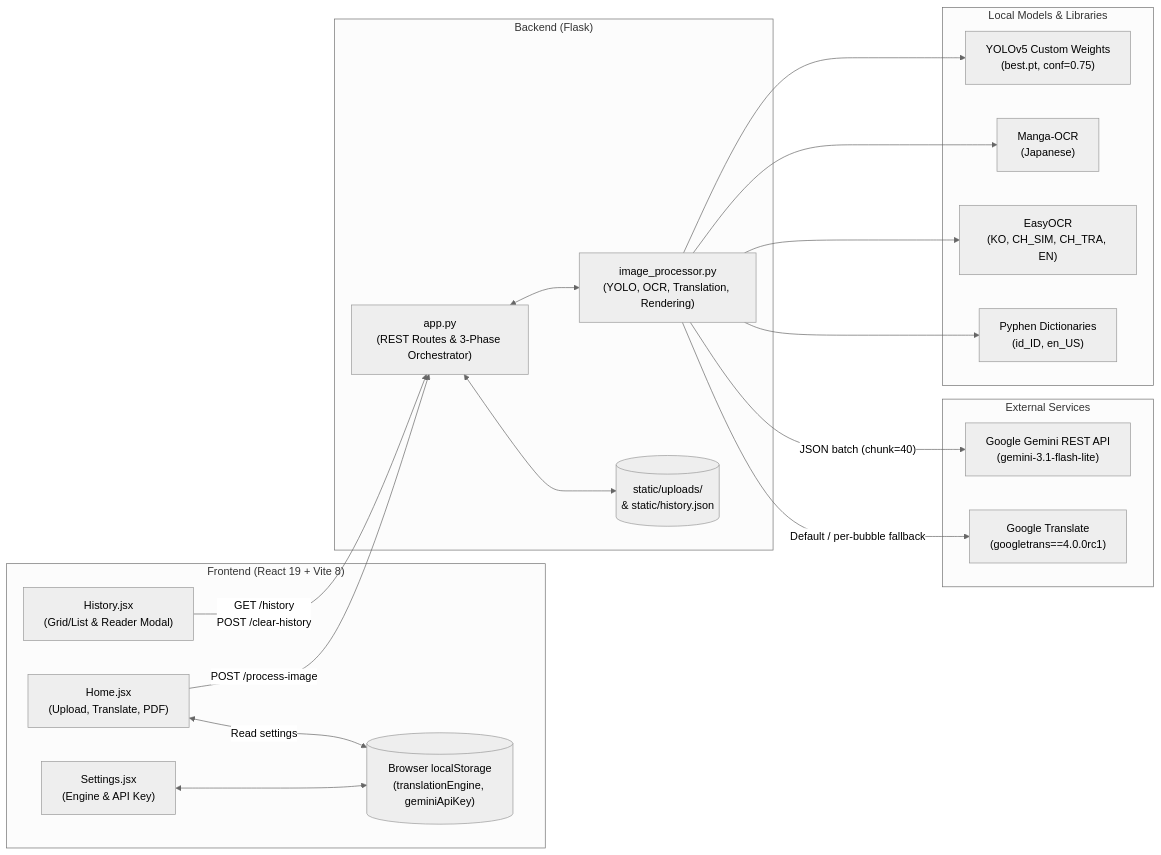
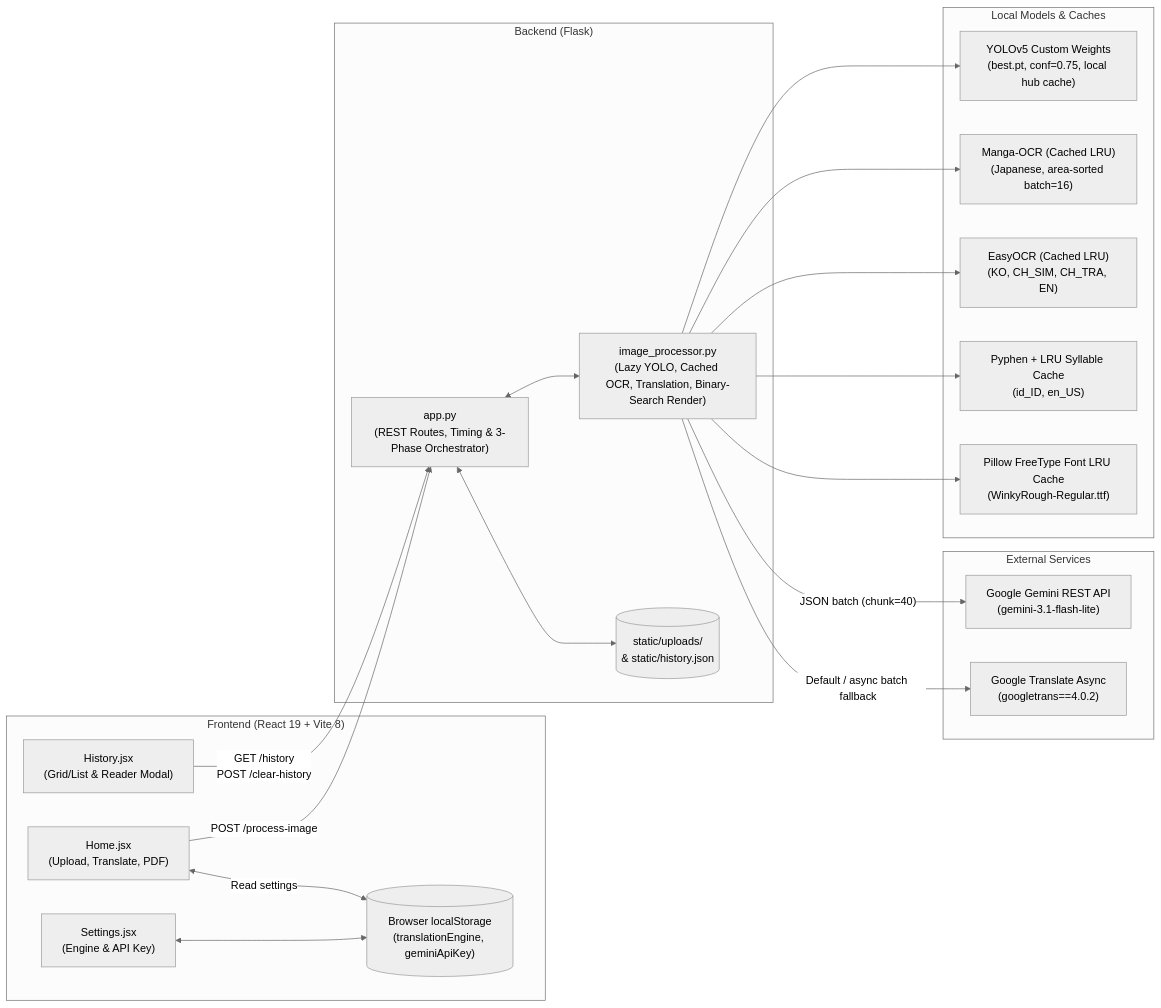
The first of 3 diagrams in docs/ARCHITECTURE.md (zurakats/comic-translator), drawn with Mermaid (neutral theme) before and after one commit. The commit also changed other lines of this file and 3 other files, not shown here.

Commit message:
docs: update README, ARCHITECTURE, and performance audit recap

````diff
--- a/docs/ARCHITECTURE.md
+++ b/docs/ARCHITECTURE.md
@@ -31,40 +32,42 @@
 ```mermaid
 flowchart LR
     subgraph Frontend["Frontend (React 19 + Vite 8)"]
         Home["Home.jsx\n(Upload, Translate, PDF)"]
         History["History.jsx\n(Grid/List & Reader Modal)"]
         Settings["Settings.jsx\n(Engine & API Key)"]
         LS[("Browser localStorage\n(translationEngine, geminiApiKey)")]
     end
 
     subgraph Backend["Backend (Flask)"]
-        App["app.py\n(REST Routes & 3-Phase Orchestrator)"]
-        IP["image_processor.py\n(YOLO, OCR, Translation, Rendering)"]
+        App["app.py\n(REST Routes, Timing & 3-Phase Orchestrator)"]
+        IP["image_processor.py\n(Lazy YOLO, Cached OCR, Translation, Binary-Search Render)"]
         FS[("static/uploads/\n& static/history.json")]
     end
 
-    subgraph LocalModels["Local Models & Libraries"]
-        YOLO["YOLOv5 Custom Weights\n(best.pt, conf=0.75)"]
-        MOCR["Manga-OCR\n(Japanese)"]
-        EOCR["EasyOCR\n(KO, CH_SIM, CH_TRA, EN)"]
-        Pyphen["Pyphen Dictionaries\n(id_ID, en_US)"]
+    subgraph LocalModels["Local Models & Caches"]
+        YOLO["YOLOv5 Custom Weights\n(best.pt, conf=0.75, local hub cache)"]
+        MOCR["Manga-OCR (Cached LRU)\n(Japanese, area-sorted batch=16)"]
+        EOCR["EasyOCR (Cached LRU)\n(KO, CH_SIM, CH_TRA, EN)"]
+        Pyphen["Pyphen + LRU Syllable Cache\n(id_ID, en_US)"]
+        FontCache["Pillow FreeType Font LRU Cache\n(WinkyRough-Regular.ttf)"]
     end
 
     subgraph ExternalAPIs["External Services"]
         Gemini["Google Gemini REST API\n(gemini-3.1-flash-lite)"]
-        GTrans["Google Translate\n(googletrans==4.0.0rc1)"]
+        GTrans["Google Translate Async\n(googletrans==4.0.2)"]
     end
 
     Settings <--> LS
     Home <-- "Read settings" --> LS
     Home -- "POST /process-image" --> App
     History -- "GET /history\nPOST /clear-history" --> App
     App <--> FS
     App <--> IP
     IP --> YOLO
     IP --> MOCR
     IP --> EOCR
     IP --> Pyphen
+    IP --> FontCache
     IP -- "JSON batch (chunk=40)" --> Gemini
-    IP -- "Default / per-bubble fallback" --> GTrans
+    IP -- "Default / async batch fallback" --> GTrans
 ```
````
